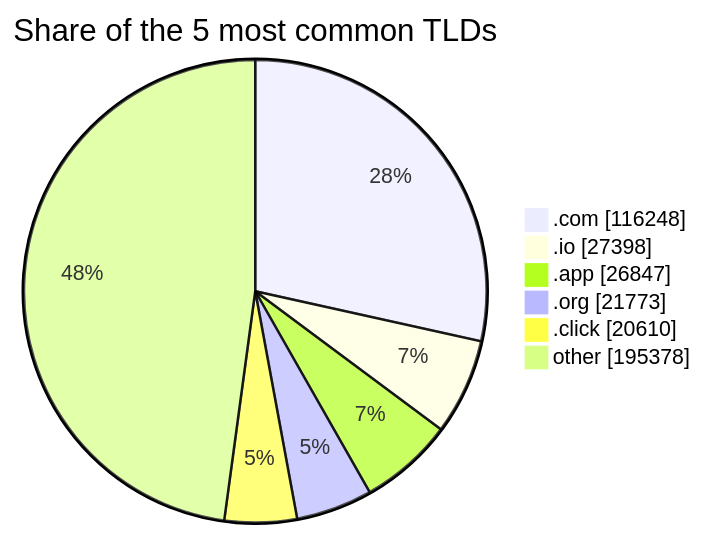
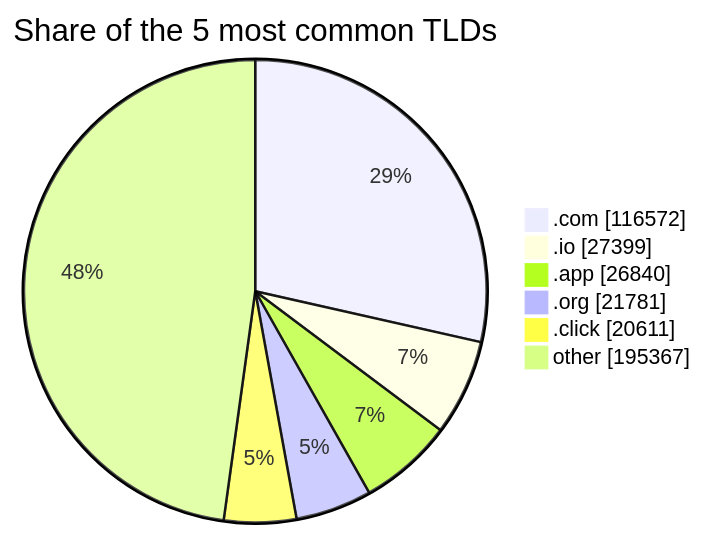
Before and after one commit to DNSBunker/CTI: the third of 3 diagrams in README.md, drawn with Mermaid. The commit also changed other lines of this file and 3 other files, not shown here.

````diff
--- a/README.md
+++ b/README.md
@@ -81,9 +81,9 @@
 ```mermaid
 pie showData title Share of the 5 most common TLDs
-    ".com" : 116248
-    ".io" : 27398
-    ".app" : 26847
-    ".org" : 21773
-    ".click" : 20610
-    "other" : 195378
+    ".com" : 116572
+    ".io" : 27399
+    ".app" : 26840
+    ".org" : 21781
+    ".click" : 20611
+    "other" : 195367
 ```
````
